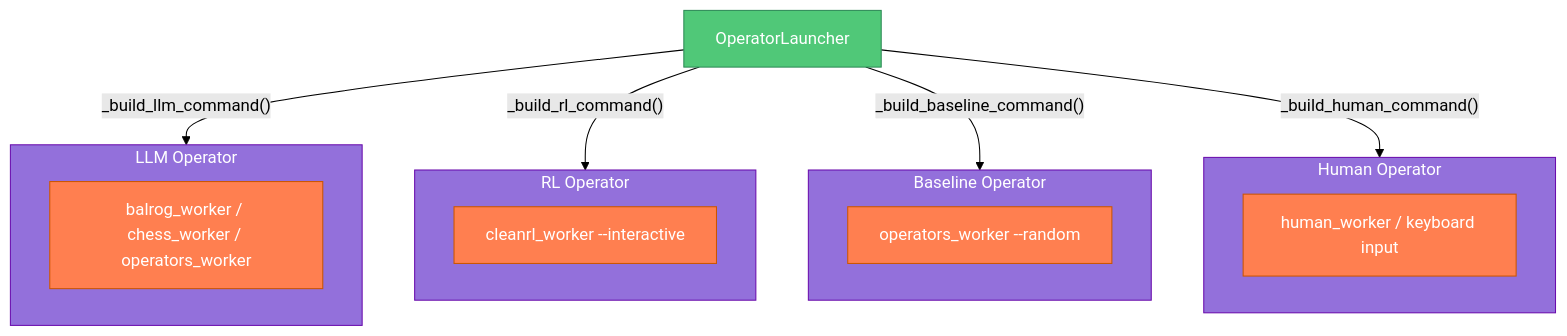
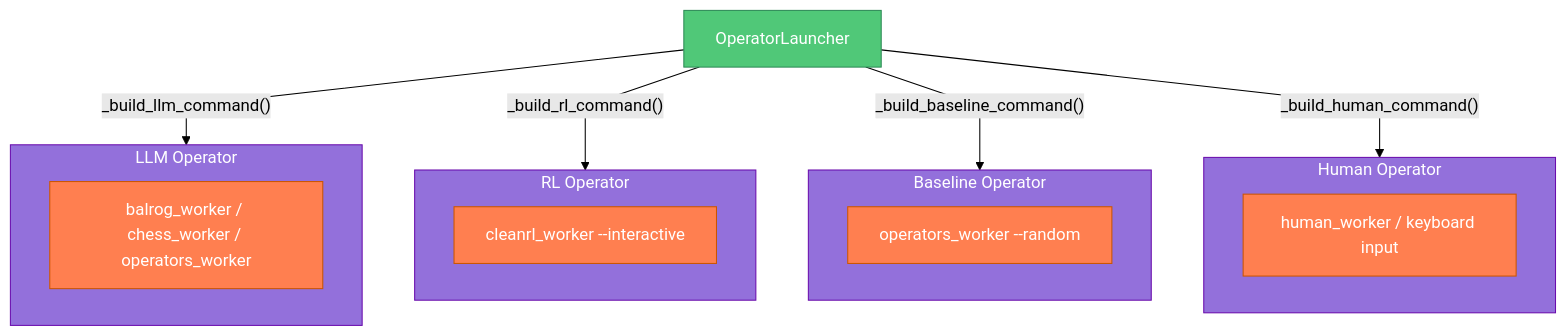
One commit to Abdulhamid97Mousa/mosaic changed the second of 4 diagrams in docs/source/documents/architecture/operators/architecture.rst. Above: the diagram before and after it, drawn with Mermaid (forest theme). The commit also changed other lines of this file and 14 other files, not shown here.

```diff
--- a/docs/source/documents/architecture/operators/architecture.rst
+++ b/docs/source/documents/architecture/operators/architecture.rst
@@ -174,35 +175,36 @@
 .. mermaid::
 
+   %%{init: {"flowchart": {"curve": "linear"}} }%%
    graph TB
        LAUNCHER["OperatorLauncher"]
 
        subgraph OP_LLM["LLM Operator"]
            LLM["balrog_worker / chess_worker / operators_worker"]
        end
 
        subgraph OP_RL["RL Operator"]
            RL["cleanrl_worker --interactive"]
        end
 
        subgraph OP_BASE["Baseline Operator"]
            BASE["operators_worker --random"]
        end
 
        subgraph OP_HUMAN["Human Operator"]
            HUMAN["human_worker / keyboard input"]
        end
 
        LAUNCHER -->|"_build_llm_command()"| OP_LLM
        LAUNCHER -->|"_build_rl_command()"| OP_RL
        LAUNCHER -->|"_build_baseline_command()"| OP_BASE
        LAUNCHER -->|"_build_human_command()"| OP_HUMAN
 
        style LAUNCHER fill:#50c878,stroke:#2e8b57,color:#fff
        style OP_LLM fill:#9370db,stroke:#6a0dad,color:#fff
        style OP_RL fill:#9370db,stroke:#6a0dad,color:#fff
        style OP_BASE fill:#9370db,stroke:#6a0dad,color:#fff
        style OP_HUMAN fill:#9370db,stroke:#6a0dad,color:#fff
        style LLM fill:#ff7f50,stroke:#cc5500,color:#fff
        style RL fill:#ff7f50,stroke:#cc5500,color:#fff
        style BASE fill:#ff7f50,stroke:#cc5500,color:#fff
        style HUMAN fill:#ff7f50,stroke:#cc5500,color:#fff
```
